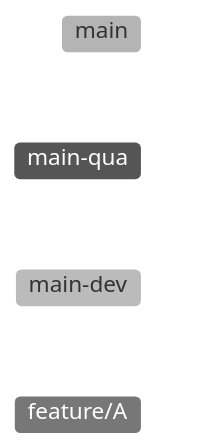
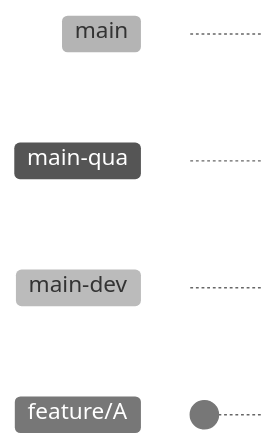
Before and after one commit to petitess/markdown: the first of 4 diagrams in mermaid04.md, drawn with Mermaid (neutral theme). Commit ids are hidden.

````diff
--- a/mermaid04.md
+++ b/mermaid04.md
@@ -1,8 +1,8 @@
 ```mermaid
 
 gitGraph
        branch main-qua
        branch main-dev
        branch feature/A
-
+       commit
 ```
````
